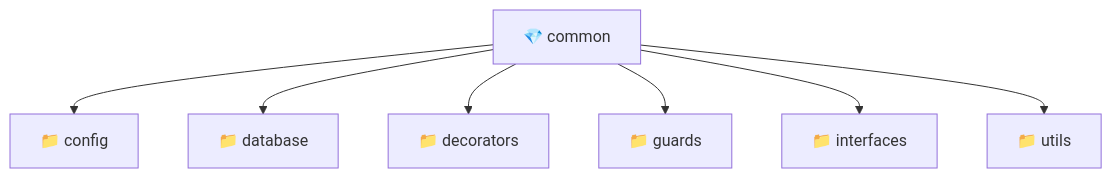
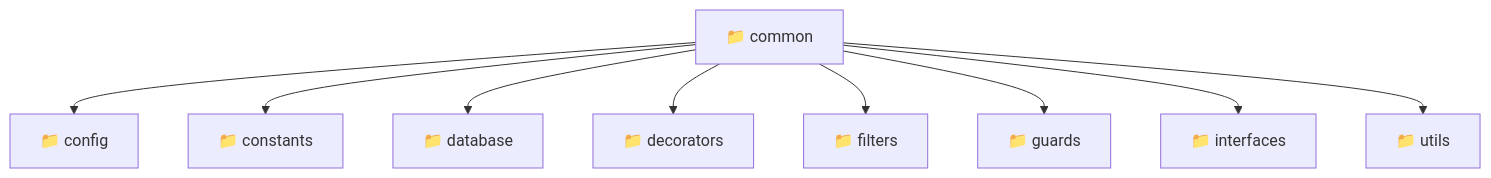
One commit to beginwebdev2002/fullstack-mavluda changed the diagram in backend/src/common/README.md. Above: the diagram before and after it, drawn with Mermaid. The commit also changed other lines of this file and 156 other files, not shown here.

First line of the commit message:
docs: generate comprehensive localized readmes for 100% architectural transparency

````diff
--- a/backend/src/common/README.md
+++ b/backend/src/common/README.md
@@ -9,10 +9,12 @@
 ```mermaid
 graph TD
-  Root["💎 common"]
-  Root --> config["📁 config"]
-  Root --> database["📁 database"]
-  Root --> decorators["📁 decorators"]
-  Root --> guards["📁 guards"]
-  Root --> interfaces["📁 interfaces"]
-  Root --> utils["📁 utils"]
+  common["📁 common"]
+  common --> config["📁 config"]
+  common --> constants["📁 constants"]
+  common --> database["📁 database"]
+  common --> decorators["📁 decorators"]
+  common --> filters["📁 filters"]
+  common --> guards["📁 guards"]
+  common --> interfaces["📁 interfaces"]
+  common --> utils["📁 utils"]
 ```
````
